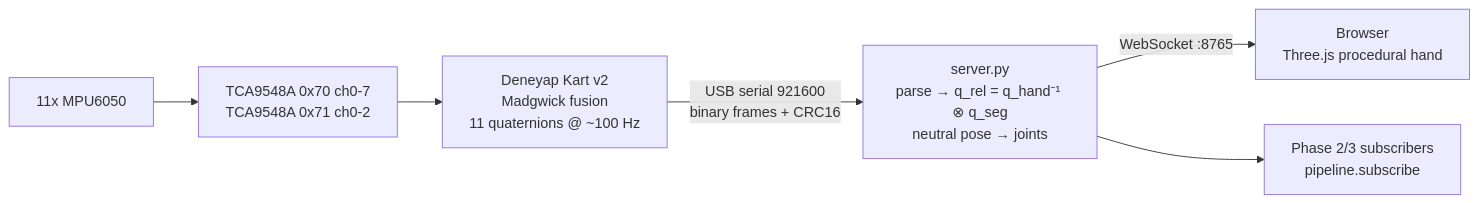
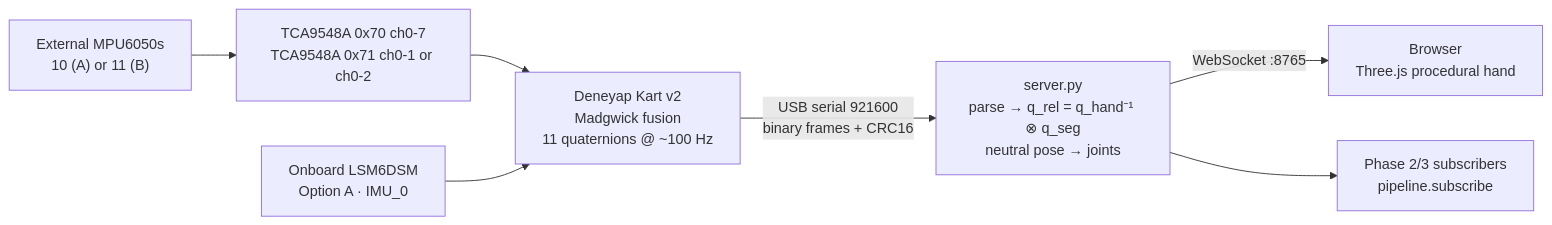
One commit to al8fehd/eltakip changed the first of 2 diagrams in README.md. Above: the diagram before and after it, drawn with Mermaid. The commit also changed other lines of this file and 11 other files, not shown here.

Commit message:
Phase 1 tamamlandi: dahili LSM6DSM destegi, anti-drift, eksen kalibrasyonu ve baglanti semasi

````diff
--- a/README.md
+++ b/README.md
@@ -13,8 +17,9 @@
 ```mermaid
 flowchart LR
-    IMU0[11x MPU6050] --> MUX[TCA9548A 0x70 ch0-7<br/>TCA9548A 0x71 ch0-2]
-    MUX --> S3[Deneyap Kart v2<br/>Madgwick fusion<br/>11 quaternions @ ~100 Hz]
+    EXT["External MPU6050s<br/>10 (A) or 11 (B)"] --> MUX["TCA9548A 0x70 ch0-7<br/>TCA9548A 0x71 ch0-1 or ch0-2"]
+    MUX --> S3["Deneyap Kart v2<br/>Madgwick fusion<br/>11 quaternions @ ~100 Hz"]
+    LSM["Onboard LSM6DSM<br/>Option A · IMU_0"] --> S3
     S3 -->|USB serial 921600<br/>binary frames + CRC16| BR[server.py<br/>parse → q_rel = q_hand⁻¹ ⊗ q_seg<br/>neutral pose → joints]
     BR -->|WebSocket :8765| UI[Browser<br/>Three.js procedural hand]
     BR --> SUB[Phase 2/3 subscribers<br/>pipeline.subscribe]
 ```
````
